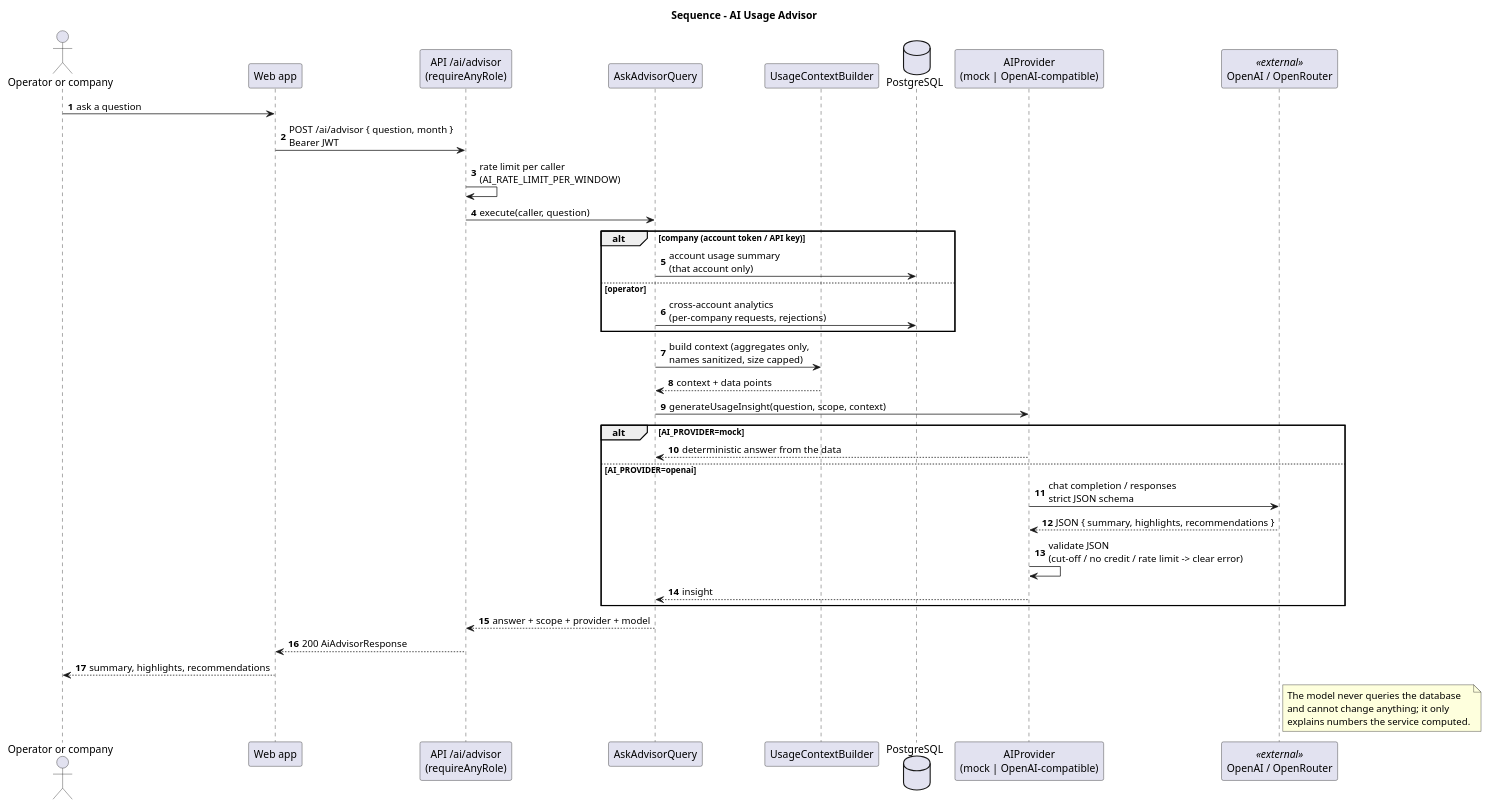
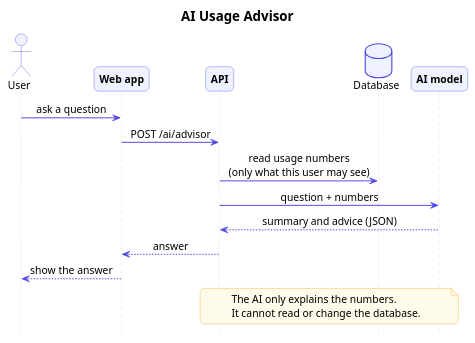
Before and after one commit to QaisRjoob/usage-metering-service: the diagram in docs/uml/05-sequence-ai-advisor.puml, drawn with PlantUML. The commit also changed 12 other files, not shown here.

Commit message:
UML: simpler, cleaner sequence diagrams

```diff
--- a/docs/uml/05-sequence-ai-advisor.puml
+++ b/docs/uml/05-sequence-ai-advisor.puml
@@ -1,44 +1,45 @@
 @startuml 05-sequence-ai-advisor
-title Sequence - AI Usage Advisor
+title AI Usage Advisor
+hide footbox
 skinparam shadowing false
-autonumber
+skinparam defaultFontName Arial
+skinparam defaultFontSize 14
+skinparam sequenceMessageAlign center
+skinparam roundCorner 12
+skinparam ArrowColor #4F46E5
+skinparam ArrowThickness 1.3
+skinparam SequenceLifeLineBorderColor #C7D2FE
+skinparam ParticipantBackgroundColor #EEF2FF
+skinparam ParticipantBorderColor #4F46E5
+skinparam ParticipantFontStyle bold
+skinparam ActorBackgroundColor #EEF2FF
+skinparam ActorBorderColor #4F46E5
+skinparam DatabaseBackgroundColor #EEF2FF
+skinparam DatabaseBorderColor #4F46E5
+skinparam NoteBackgroundColor #FFFBEB
+skinparam NoteBorderColor #F59E0B
+skinparam SequenceGroupBorderColor #94A3B8
+skinparam SequenceGroupHeaderFontColor #334155
+skinparam SequenceDividerBackgroundColor #E0E7FF
+skinparam SequenceDividerBorderColor #4F46E5
+skinparam TitleFontSize 18
 
-actor "Operator or company" as User
+actor User
 participant "Web app" as Web
-participant "API /ai/advisor\n(requireAnyRole)" as Route
-participant "AskAdvisorQuery" as Query
-participant "UsageContextBuilder" as Ctx
-database "PostgreSQL" as DB
-participant "AIProvider\n(mock | OpenAI-compatible)" as Provider
-participant "OpenAI / OpenRouter" as LLM <<external>>
+participant "API" as API
+database "Database" as DB
+participant "AI model" as AI
 
 User -> Web : ask a question
-Web -> Route : POST /ai/advisor { question, month }\nBearer JWT
-Route -> Route : rate limit per caller\n(AI_RATE_LIMIT_PER_WINDOW)
-Route -> Query : execute(caller, question)
-alt company (account token / API key)
-  Query -> DB : account usage summary\n(that account only)
-else operator
-  Query -> DB : cross-account analytics\n(per-company requests, rejections)
-end
-Query -> Ctx : build context (aggregates only,\nnames sanitized, size capped)
-Ctx --> Query : context + data points
-Query -> Provider : generateUsageInsight(question, scope, context)
-alt AI_PROVIDER=mock
-  Provider --> Query : deterministic answer from the data
-else AI_PROVIDER=openai
-  Provider -> LLM : chat completion / responses\nstrict JSON schema
-  LLM --> Provider : JSON { summary, highlights, recommendations }
-  Provider -> Provider : validate JSON\n(cut-off / no credit / rate limit -> clear error)
-  Provider --> Query : insight
-end
-Query --> Route : answer + scope + provider + model
-Route --> Web : 200 AiAdvisorResponse
-Web --> User : summary, highlights, recommendations
+Web -> API : POST /ai/advisor
+API -> DB : read usage numbers\n(only what this user may see)
+API -> AI : question + numbers
+AI --> API : summary and advice (JSON)
+API --> Web : answer
+Web --> User : show the answer
 
-note right of LLM
-  The model never queries the database
-  and cannot change anything; it only
-  explains numbers the service computed.
+note over API, AI
+  The AI only explains the numbers.
+  It cannot read or change the database.
 end note
 @enduml
```
